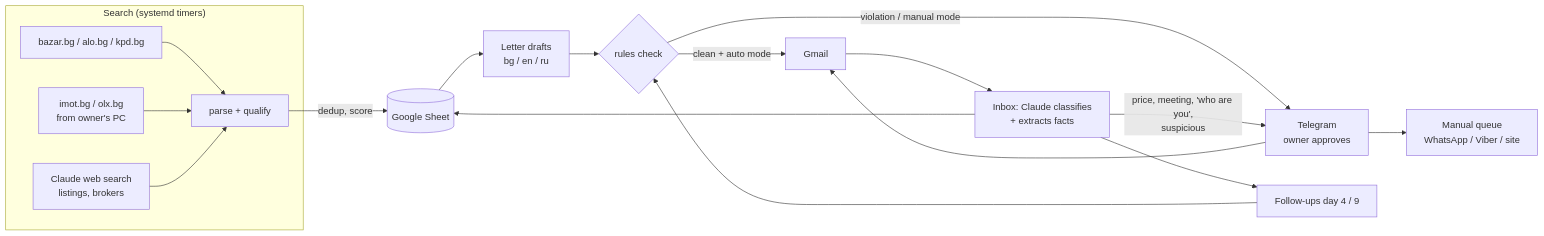
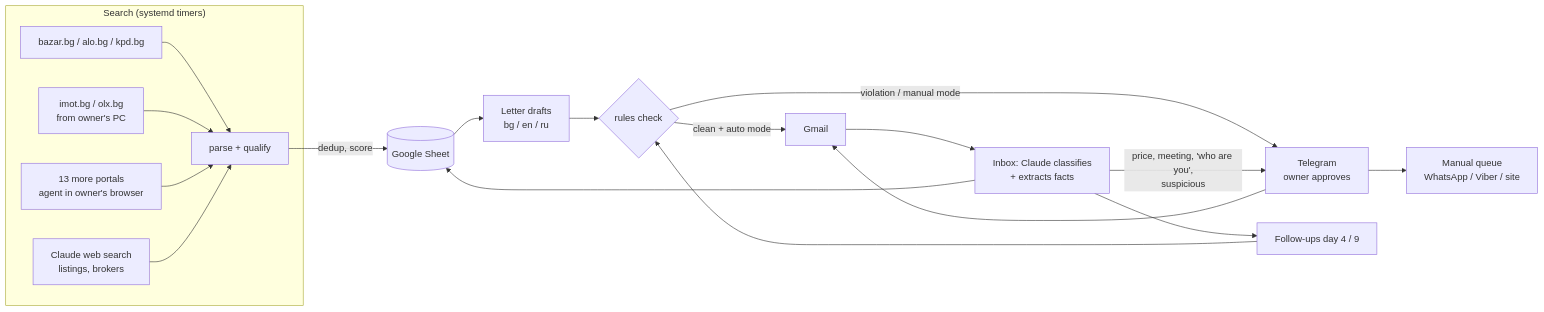
The diagram in README.md (gosha003/solar_farm_seller_automation), drawn with Mermaid before and after one commit. The commit also changed other lines of this file and 2 other files, not shown here.

Commit message:
Search: --import for listings an agent collects in the owner's browser, same criteria and dedup

````diff
--- a/README.md
+++ b/README.md
@@ -31,20 +31,21 @@
 ```mermaid
 flowchart LR
     subgraph Search["Search (systemd timers)"]
         S1[bazar.bg / alo.bg / kpd.bg] --> P[parse + qualify]
         S2[imot.bg / olx.bg<br/>from owner's PC] --> P
+        S4[13 more portals<br/>agent in owner's browser] --> P
         S3[Claude web search<br/>listings, brokers] --> P
     end
     P -->|dedup, score| Sheet[(Google Sheet)]
     Sheet --> D[Letter drafts<br/>bg / en / ru]
     D --> R{rules check}
     R -->|clean + auto mode| G[Gmail]
     R -->|violation / manual mode| T[Telegram<br/>owner approves]
     T --> G
     T --> Q[Manual queue<br/>WhatsApp / Viber / site]
     G --> I[Inbox: Claude classifies<br/>+ extracts facts]
     I --> Sheet
     I -->|price, meeting, 'who are you',<br/>suspicious| T
     I --> F[Follow-ups day 4 / 9]
     F --> R
 ```
````
